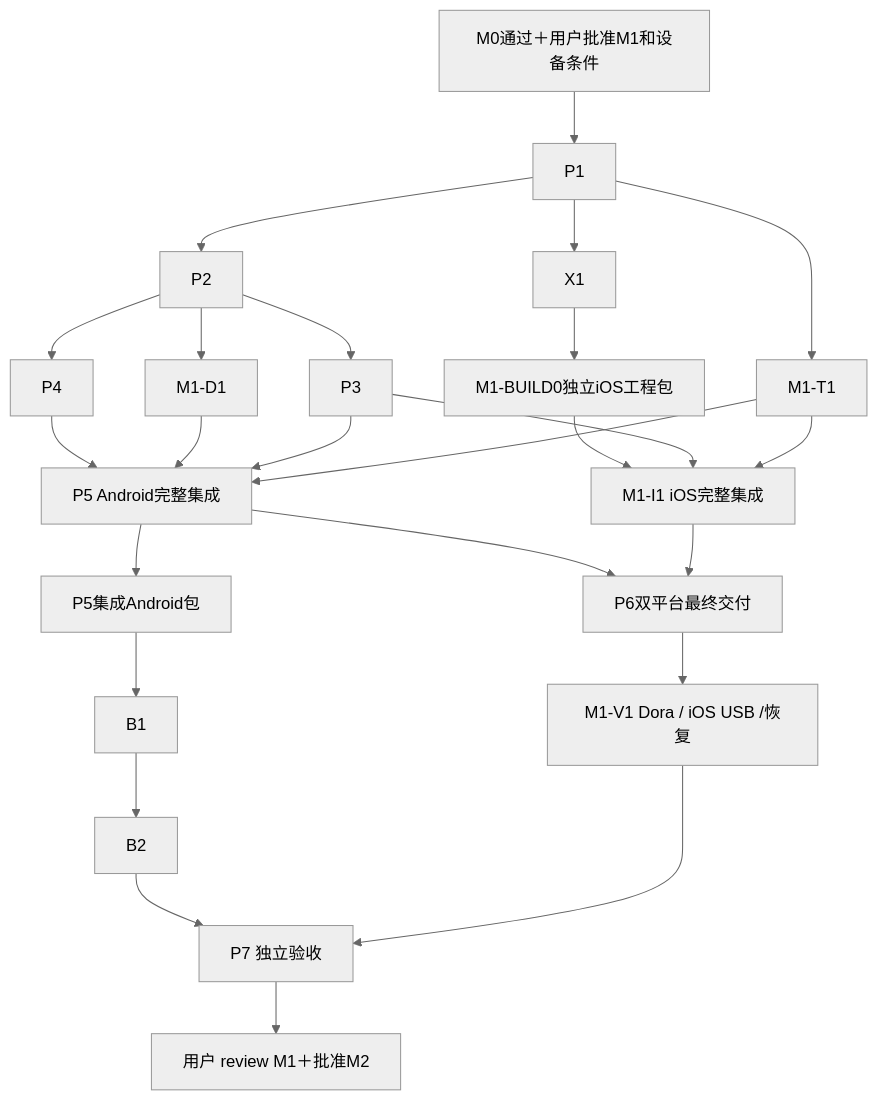
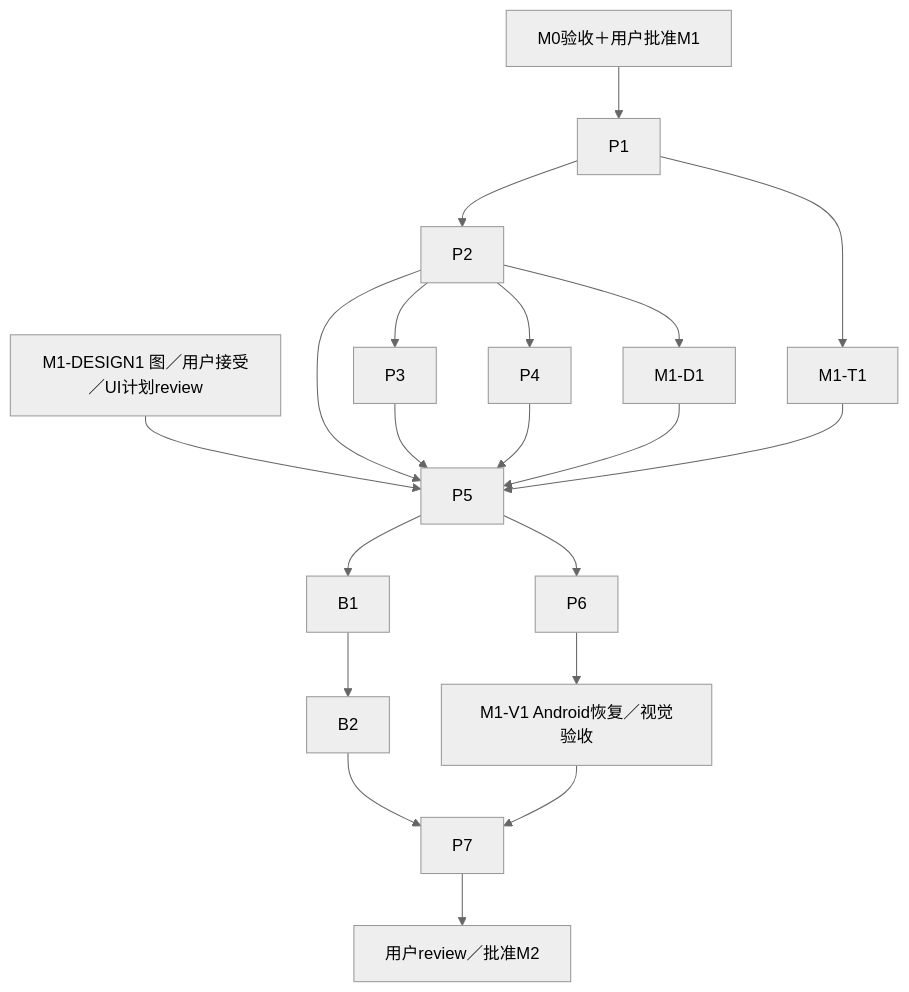
The diagram in docs/plans/m1.md (GhostFlying/ferry), drawn with Mermaid (neutral theme) before and after one commit. The commit also changed other lines of this file and 15 other files, not shown here.

````diff
--- a/docs/plans/m1.md
+++ b/docs/plans/m1.md
@@ -50,27 +51,22 @@
 ```mermaid
 flowchart TD
-    G[M0通过＋用户批准M1和设备条件] --> P1
+    G[M0验收＋用户批准M1] --> P1
     P1 --> P2
-    P1 --> X1
     P2 --> P3
-    P1 --> T1[M1-T1]
     P2 --> P4
     P2 --> D1[M1-D1]
-    P4 --> Android[P5 Android完整集成]
-    D1 --> Android
-    P3 --> Android
-    T1 --> Android
-    X1 --> IC[M1-BUILD0独立iOS工程包]
-    IC --> IOS[M1-I1 iOS完整集成]
-    P3 --> IOS
-    T1 --> IOS
-    Android --> AP[P5集成Android包]
-    AP --> B1
-    Android --> P6[P6双平台最终交付]
-    IOS --> P6
+    P1 --> T1[M1-T1]
+    DS[M1-DESIGN1 图／用户接受／UI计划review] --> P5
+    P2 --> P5
+    P3 --> P5
+    P4 --> P5
+    D1 --> P5
+    T1 --> P5
+    P5 --> P6
+    P5 --> B1
     B1 --> B2
-    P6 --> V1[M1-V1 Dora / iOS USB /恢复]
-    B2 --> R[P7 独立验收]
-    V1 --> R
-    R --> U[用户 review M1＋批准M2]
+    P6 --> V1[M1-V1 Android恢复／视觉验收]
+    B2 --> P7
+    V1 --> P7
+    P7 --> U[用户review／批准M2]
 ```
````
